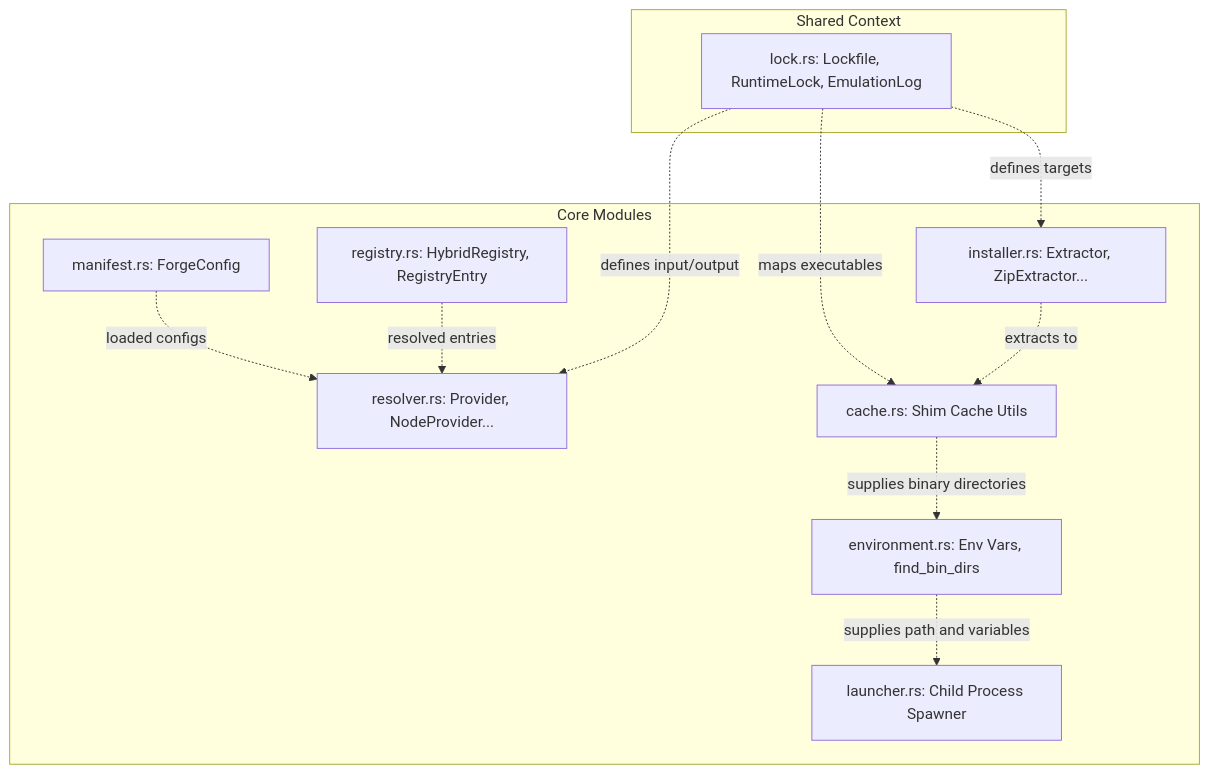
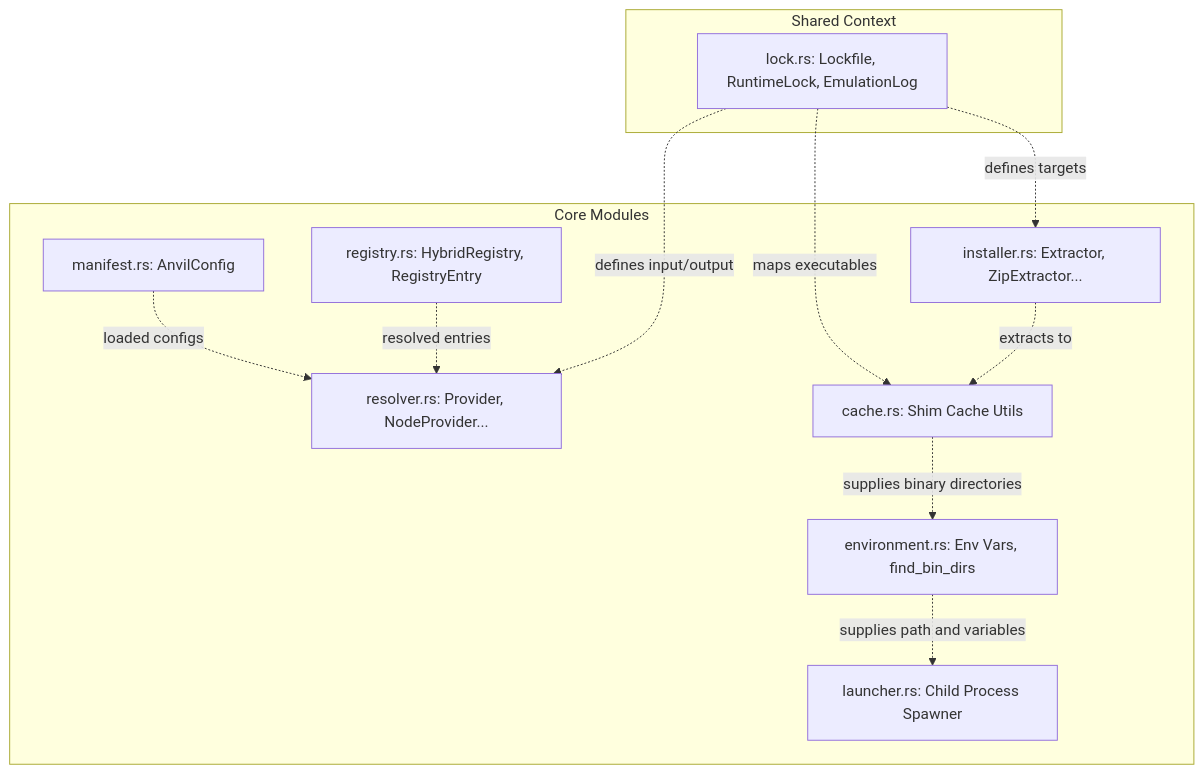
The diagram in openspec/changes/archive/2026-07-01-forge-runtime-engine/exploration.md (biggs-100/anvil), drawn with Mermaid before and after one commit. The commit also changed other lines of this file and 341 other files, not shown here.

First line of the commit message:
refactor: rename project from forge to anvil

````diff
--- a/openspec/changes/archive/2026-07-01-forge-runtime-engine/exploration.md
+++ b/openspec/changes/archive/2026-07-01-forge-runtime-engine/exploration.md
@@ -109,25 +109,25 @@
 ```mermaid
 graph TD
     subgraph Shared Context
         lock[lock.rs: Lockfile, RuntimeLock, EmulationLog]
     end
 
     subgraph Core Modules
-        manifest[manifest.rs: ForgeConfig]
+        manifest[manifest.rs: AnvilConfig]
         registry[registry.rs: HybridRegistry, RegistryEntry]
         resolver[resolver.rs: Provider, NodeProvider...]
         installer[installer.rs: Extractor, ZipExtractor...]
         cache[cache.rs: Shim Cache Utils]
         env[environment.rs: Env Vars, find_bin_dirs]
         launch[launcher.rs: Child Process Spawner]
     end
 
     manifest -.-> |loaded configs| resolver
     registry -.-> |resolved entries| resolver
     lock -.-> |defines input/output| resolver
     lock -.-> |defines targets| installer
     lock -.-> |maps executables| cache
     installer -.-> |extracts to| cache
     cache -.-> |supplies binary directories| env
     env -.-> |supplies path and variables| launch
 ```
````
